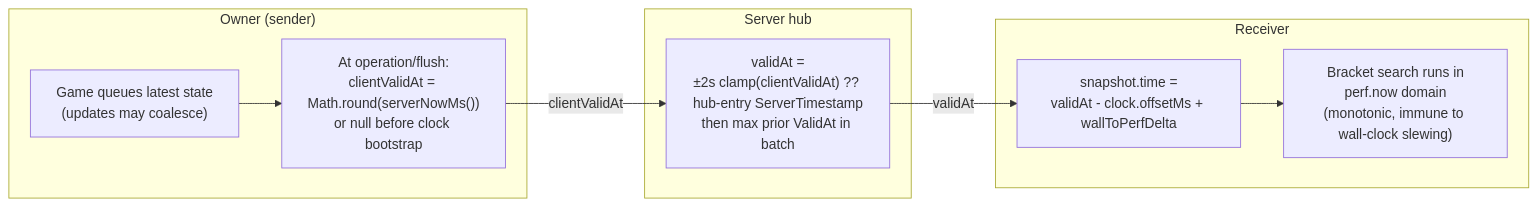
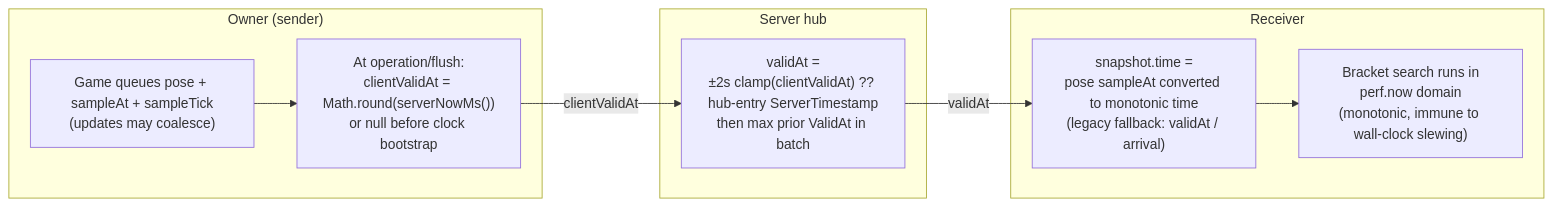
One commit to badvoidstar/astervoids changed diagram 24 of 36 in ARCHITECTURE.md. Above: the diagram before and after it, drawn with Mermaid. The commit also changed other lines of this file and 34 other files, not shown here.

Commit message:
Implement simulation timelines, continuous contacts, and active-authority lifecycle

````diff
--- a/ARCHITECTURE.md
+++ b/ARCHITECTURE.md
@@ -1061,21 +1112,21 @@
 ```mermaid
 flowchart LR
     subgraph "Owner (sender)"
-        QUEUE["Game queues latest state<br/>(updates may coalesce)"]
+        QUEUE["Game queues pose + sampleAt + sampleTick<br/>(updates may coalesce)"]
         STAMP["At operation/flush:<br/>clientValidAt = Math.round(serverNowMs())<br/>or null before clock bootstrap"]
         QUEUE --> STAMP
     end
 
     subgraph "Server hub"
         CLAMP["validAt =<br/>±2s clamp(clientValidAt) ?? hub-entry ServerTimestamp<br/>then max prior ValidAt in batch"]
     end
 
     subgraph "Receiver"
-        CONV["snapshot.time =<br/>validAt - clock.offsetMs + wallToPerfDelta"]
+        CONV["snapshot.time =<br/>pose sampleAt converted to monotonic time<br/>(legacy fallback: validAt / arrival)"]
         BRACKET["Bracket search runs in<br/>perf.now domain<br/>(monotonic, immune to wall-clock slewing)"]
         CONV --> BRACKET
     end
 
     STAMP -->|"clientValidAt"| CLAMP
     CLAMP -->|"validAt"| CONV
 ```
````
